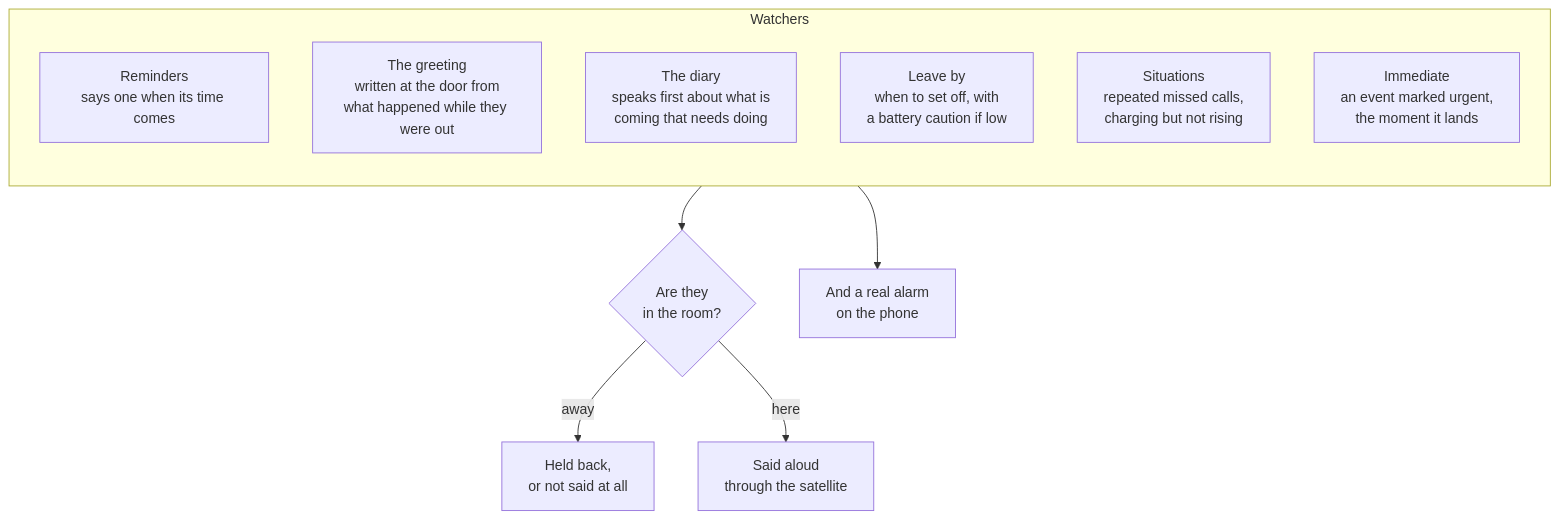
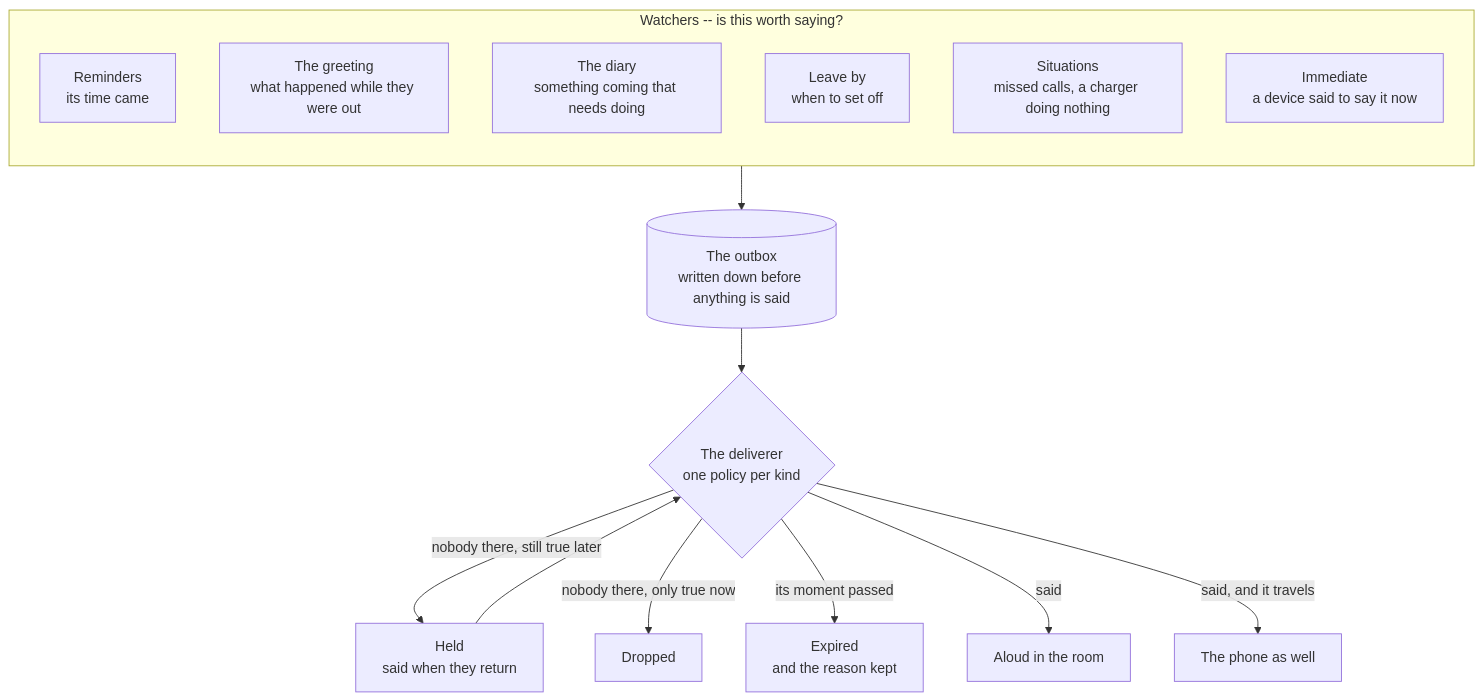
One commit to DhanushRamesh/personal-assistant changed the third of 4 diagrams in FEATURES.md. Above: the diagram before and after it, drawn with Mermaid. The commit also changed other lines of this file and 9 other files, not shown here.

````diff
--- a/FEATURES.md
+++ b/FEATURES.md
@@ -92,18 +92,23 @@
 ```mermaid
 flowchart TB
-    subgraph W["Watchers"]
+    subgraph W["Watchers -- is this worth saying?"]
         direction TB
-        RL["Reminders<br/>says one when its time comes"]
-        GR["The greeting<br/>written at the door from<br/>what happened while they were out"]
-        CO["The diary<br/>speaks first about what is<br/>coming that needs doing"]
-        LV["Leave by<br/>when to set off, with<br/>a battery caution if low"]
-        SIT["Situations<br/>repeated missed calls,<br/>charging but not rising"]
-        NOT["Immediate<br/>an event marked urgent,<br/>the moment it lands"]
+        RL["Reminders<br/>its time came"]
+        GR["The greeting<br/>what happened while they were out"]
+        CO["The diary<br/>something coming that needs doing"]
+        LV["Leave by<br/>when to set off"]
+        SIT["Situations<br/>missed calls, a charger doing nothing"]
+        NOT["Immediate<br/>a device said to say it now"]
     end
 
-    W --> PRES{"Are they<br/>in the room?"}
-    PRES -- "away" --> HOLD["Held back,<br/>or not said at all"]
-    PRES -- "here" --> SPEAK["Said aloud<br/>through the satellite"]
+    W --> OUT[("The outbox<br/>written down before anything is said")]
+    OUT --> D{"The deliverer<br/>one policy per kind"}
 
-    RL --> ALARM["And a real alarm<br/>on the phone"]
+    D -- "nobody there, still true later" --> HELD["Held<br/>said when they return"]
+    D -- "nobody there, only true now" --> DROP["Dropped"]
+    D -- "its moment passed" --> EXP["Expired<br/>and the reason kept"]
+    D -- "said" --> SPEAK["Aloud in the room"]
+    D -- "said, and it travels" --> PHONE["The phone as well"]
+
+    HELD --> D
 ```
````
